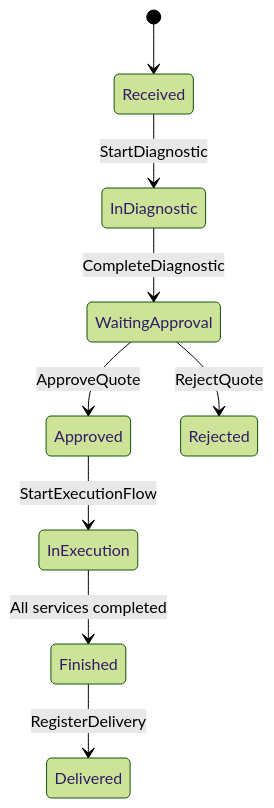
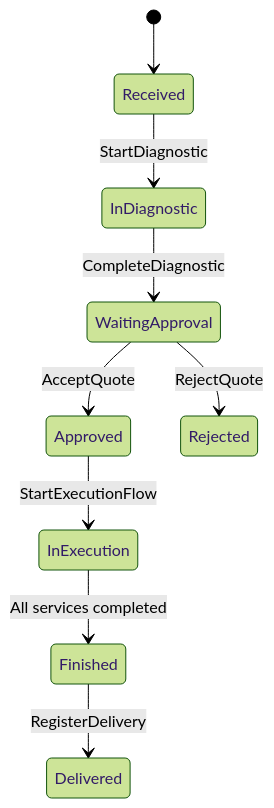
The second of 6 diagrams in docs/domain/bounded-contexts.md (marcossilvajnr/GarageFlow), drawn with Mermaid (forest theme) before and after one commit. The commit also changed 4 other files, not shown here.

Commit message:
docs: align canonical specs with implemented stock and service-order flows

````diff
--- a/docs/domain/bounded-contexts.md
+++ b/docs/domain/bounded-contexts.md
@@ -152,11 +152,11 @@
 ```mermaid
 stateDiagram-v2
     [*] --> Received
     Received --> InDiagnostic : StartDiagnostic
     InDiagnostic --> WaitingApproval : CompleteDiagnostic
-    WaitingApproval --> Approved : ApproveQuote
+    WaitingApproval --> Approved : AcceptQuote
     WaitingApproval --> Rejected : RejectQuote
     Approved --> InExecution : StartExecutionFlow
     InExecution --> Finished : All services completed
     Finished --> Delivered : RegisterDelivery
 ```
````
